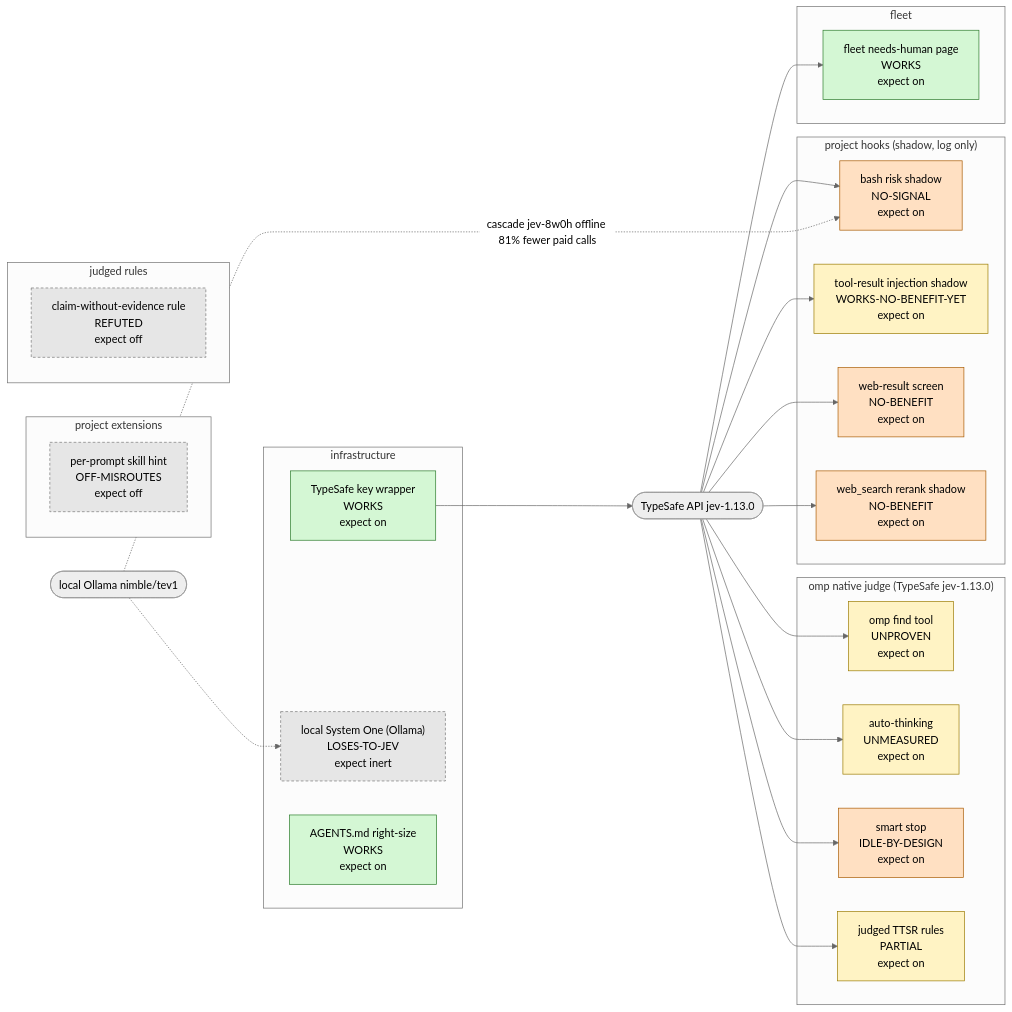
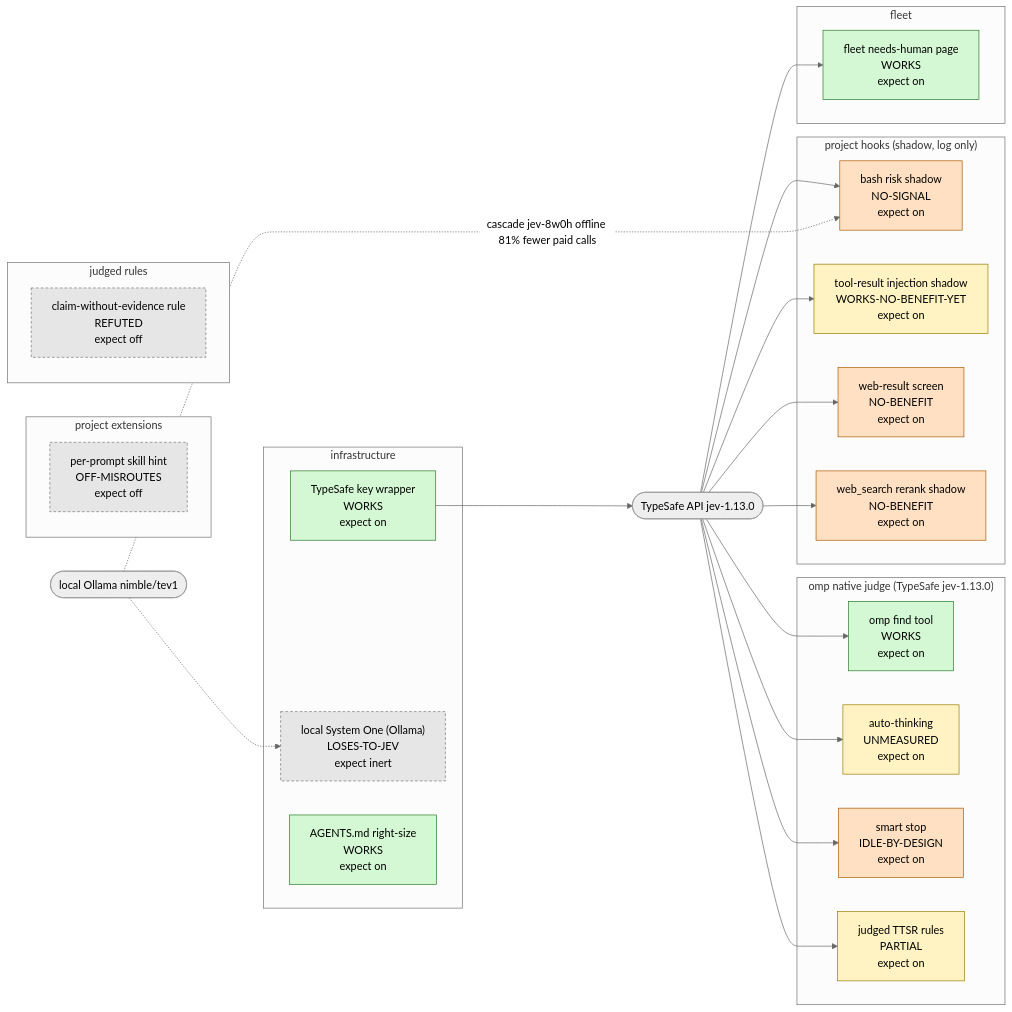
Before and after one commit to JYeswak/jev_playground: the diagram in work/jev-inventory/goldens/inventory-structure.mmd, drawn with Mermaid (neutral theme). The commit also changed 1 other file, not shown here.

Commit message:
data(jev-inventory): find verdict UNPROVEN -> WORKS per verified jev-f1le [test]

```diff
--- a/work/jev-inventory/goldens/inventory-structure.mmd
+++ b/work/jev-inventory/goldens/inventory-structure.mmd
@@ -1,49 +1,49 @@
 flowchart LR
   JEV(["TypeSafe API jev-1.13.0"])
   LOCAL(["local Ollama nimble/tev1"])
   subgraph native["omp native judge (TypeSafe jev-1.13.0)"]
-    find["omp find tool<br/>UNPROVEN<br/>expect on"]
+    find["omp find tool<br/>WORKS<br/>expect on"]
     auto_thinking["auto-thinking<br/>UNMEASURED<br/>expect on"]
     smart_stop["smart stop<br/>IDLE-BY-DESIGN<br/>expect on"]
     ttsr_judged["judged TTSR rules<br/>PARTIAL<br/>expect on"]
   end
   subgraph hook["project hooks (shadow, log only)"]
     gate_observe["bash risk shadow<br/>NO-SIGNAL<br/>expect on"]
     injection_shadow["tool-result injection shadow<br/>WORKS-NO-BENEFIT-YET<br/>expect on"]
     webscreen["web-result screen<br/>NO-BENEFIT<br/>expect on"]
     websearch_rerank["web_search rerank shadow<br/>NO-BENEFIT<br/>expect on"]
   end
   subgraph extension["project extensions"]
     skill_hint["per-prompt skill hint<br/>OFF-MISROUTES<br/>expect off"]
   end
   subgraph rule["judged rules"]
     claim_rule["claim-without-evidence rule<br/>REFUTED<br/>expect off"]
   end
   subgraph fleet["fleet"]
     needs_human["fleet needs-human page<br/>WORKS<br/>expect on"]
   end
   subgraph infra["infrastructure"]
     key_wrapper["TypeSafe key wrapper<br/>WORKS<br/>expect on"]
     local_sys1["local System One (Ollama)<br/>LOSES-TO-JEV<br/>expect inert"]
     agents_trim["AGENTS.md right-size<br/>WORKS<br/>expect on"]
   end
   JEV --> find
   JEV --> auto_thinking
   JEV --> smart_stop
   JEV --> ttsr_judged
   JEV --> gate_observe
   JEV --> injection_shadow
   JEV --> webscreen
   JEV --> websearch_rerank
   JEV --> needs_human
   LOCAL -.-> local_sys1
   LOCAL -. cascade jev-8w0h offline 81% fewer paid calls .-> gate_observe
   key_wrapper --> JEV
   classDef works fill:#d4f7d4,stroke:#2a7a2a
   classDef unproven fill:#fff3c4,stroke:#9a7a00
   classDef nobenefit fill:#ffe0c2,stroke:#a85a00
   classDef off fill:#e6e6e6,stroke:#777,stroke-dasharray:4 3
   class smart_stop,gate_observe,webscreen,websearch_rerank nobenefit
   class skill_hint,claim_rule,local_sys1 off
-  class find,auto_thinking,ttsr_judged,injection_shadow unproven
-  class needs_human,key_wrapper,agents_trim works
+  class auto_thinking,ttsr_judged,injection_shadow unproven
+  class find,needs_human,key_wrapper,agents_trim works
```
